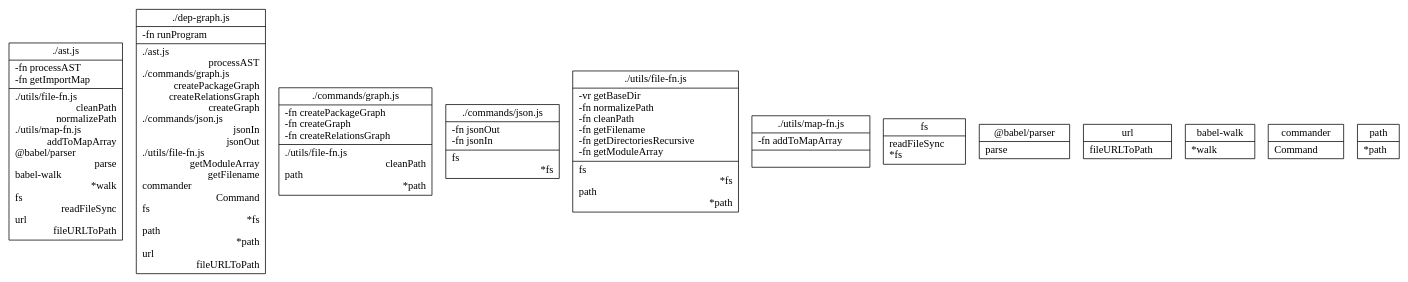
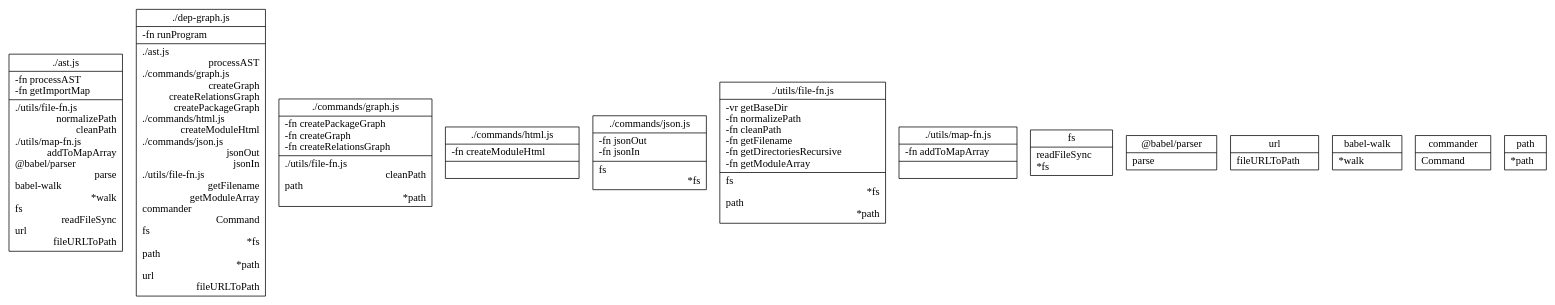
Before and after one commit to fleebe/dep-graph: the diagram in __tests__/out-eg/srcDependencies.dot, drawn with Graphviz. The commit also changed 10 other files, not shown here.

```diff
--- a/__tests__/out-eg/srcDependencies.dot
+++ b/__tests__/out-eg/srcDependencies.dot
@@ -1,85 +1,90 @@
 digraph {
 node [shape=record];
 "./ast.js" [label="{ ./ast.js | 
 	 -fn processAST \l
 	 -fn getImportMap \l
-|		./utils/file-fn.js\l		cleanPath\r
-		normalizePath\r
+|		./utils/file-fn.js\l		normalizePath\r
+		cleanPath\r
 		./utils/map-fn.js\l		addToMapArray\r
 		@babel/parser\l		parse\r
 		babel-walk\l		*walk\r
 		fs\l		readFileSync\r
 		url\l		fileURLToPath\r
 }"];
 
 "./dep-graph.js" [label="{ ./dep-graph.js | 
 	 -fn runProgram \l
 |		./ast.js\l		processAST\r
-		./commands/graph.js\l		createPackageGraph\r
+		./commands/graph.js\l		createGraph\r
 		createRelationsGraph\r
-		createGraph\r
-		./commands/json.js\l		jsonIn\r
-		jsonOut\r
-		./utils/file-fn.js\l		getModuleArray\r
-		getFilename\r
+		createPackageGraph\r
+		./commands/html.js\l		createModuleHtml\r
+		./commands/json.js\l		jsonOut\r
+		jsonIn\r
+		./utils/file-fn.js\l		getFilename\r
+		getModuleArray\r
 		commander\l		Command\r
 		fs\l		*fs\r
 		path\l		*path\r
 		url\l		fileURLToPath\r
 }"];
 
 "./commands/graph.js" [label="{ ./commands/graph.js | 
 	 -fn createPackageGraph \l
 	 -fn createGraph \l
 	 -fn createRelationsGraph \l
 |		./utils/file-fn.js\l		cleanPath\r
 		path\l		*path\r
 }"];
+
+"./commands/html.js" [label="{ ./commands/html.js | 
+	 -fn createModuleHtml \l
+|}"];
 
 "./commands/json.js" [label="{ ./commands/json.js | 
 	 -fn jsonOut \l
 	 -fn jsonIn \l
 |		fs\l		*fs\r
 }"];
 
 "./utils/file-fn.js" [label="{ ./utils/file-fn.js | 
 	 -vr getBaseDir \l
 	 -fn normalizePath \l
 	 -fn cleanPath \l
 	 -fn getFilename \l
 	 -fn getDirectoriesRecursive \l
 	 -fn getModuleArray \l
 |		fs\l		*fs\r
 		path\l		*path\r
 }"];
 
 "./utils/map-fn.js" [label="{ ./utils/map-fn.js | 
 	 -fn addToMapArray \l
 |}"];
 
 "fs" [label="{fs|
 	readFileSync\l
 	*fs\l
 }"];
 
 "@babel/parser" [label="{@babel/parser|
 	parse\l
 }"];
 
 "url" [label="{url|
 	fileURLToPath\l
 }"];
 
 "babel-walk" [label="{babel-walk|
 	*walk\l
 }"];
 
 "commander" [label="{commander|
 	Command\l
 }"];
 
 "path" [label="{path|
 	*path\l
 }"];
 
 }
```
